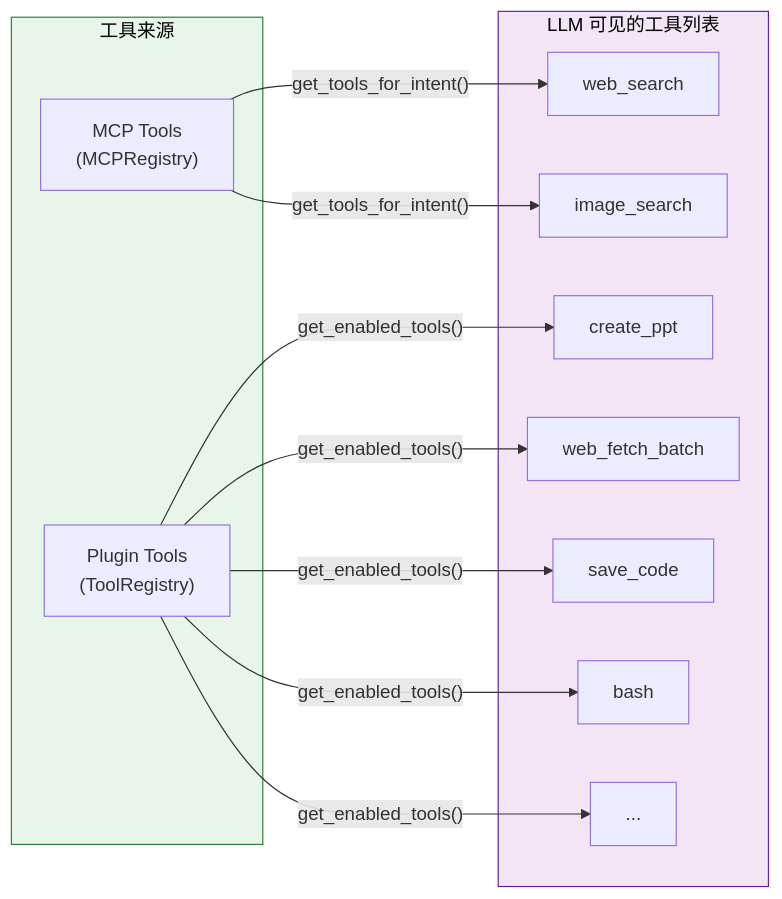
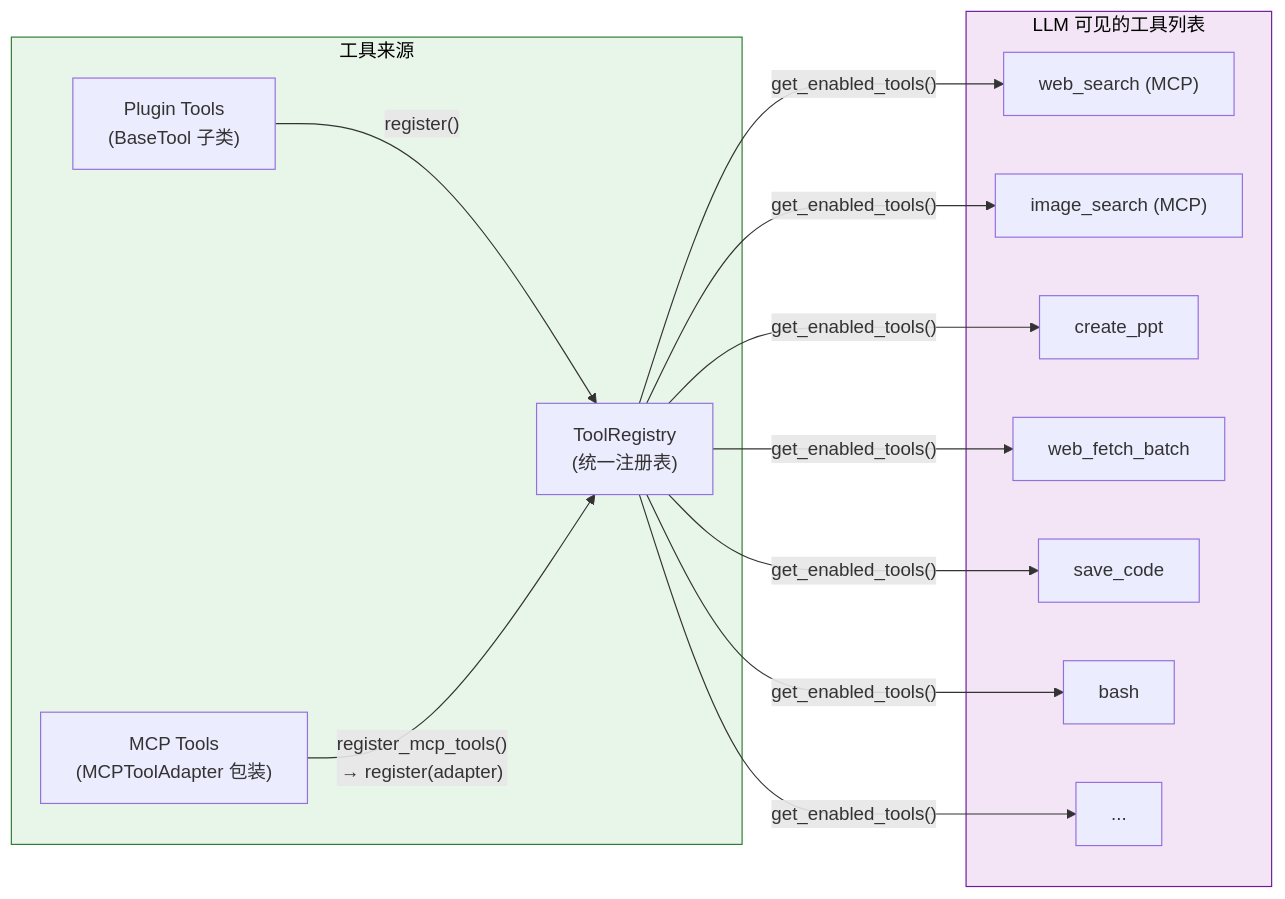
Before and after one commit to jimmylang74/Helix: diagram 11 of 16 in doc/design.md, drawn with Mermaid. The commit also changed other lines of this file, not shown here.

````diff
--- a/doc/design.md
+++ b/doc/design.md
@@ -701,28 +722,31 @@
 ```mermaid
 graph LR
     subgraph ToolDefs["LLM 可见的工具列表"]
-        T1["web_search"]
-        T2["image_search"]
+        T1["web_search (MCP)"]
+        T2["image_search (MCP)"]
         T3["create_ppt"]
         T4["web_fetch_batch"]
         T5["save_code"]
         T6["bash"]
         T7["..."]
     end
 
     subgraph Sources["工具来源"]
-        P["Plugin Tools<br/>(ToolRegistry)"]
-        M["MCP Tools<br/>(MCPRegistry)"]
+        P["Plugin Tools<br/>(BaseTool 子类)"]
+        M["MCP Tools<br/>(MCPToolAdapter 包装)"]
+        TR["ToolRegistry<br/>(统一注册表)"]
     end
 
-    P -->|"get_enabled_tools()"| T3
-    P -->|"get_enabled_tools()"| T4
-    P -->|"get_enabled_tools()"| T5
-    P -->|"get_enabled_tools()"| T6
-    P -->|"get_enabled_tools()"| T7
-    M -->|"get_tools_for_intent()"| T1
-    M -->|"get_tools_for_intent()"| T2
+    P -->|"register()"| TR
+    M -->|"register_mcp_tools()<br/>→ register(adapter)"| TR
+    TR -->|"get_enabled_tools()"| T1
+    TR -->|"get_enabled_tools()"| T2
+    TR -->|"get_enabled_tools()"| T3
+    TR -->|"get_enabled_tools()"| T4
+    TR -->|"get_enabled_tools()"| T5
+    TR -->|"get_enabled_tools()"| T6
+    TR -->|"get_enabled_tools()"| T7
 
     style ToolDefs fill:#f3e5f5,stroke:#6a1b9a,color:#000
     style Sources fill:#e8f5e9,stroke:#2e7d32,color:#000
 ```
````
